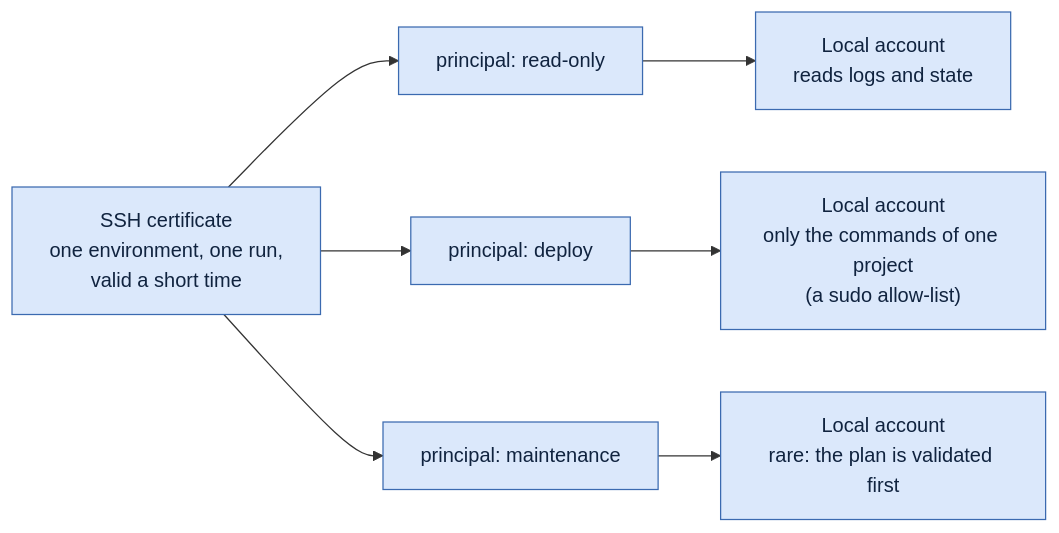
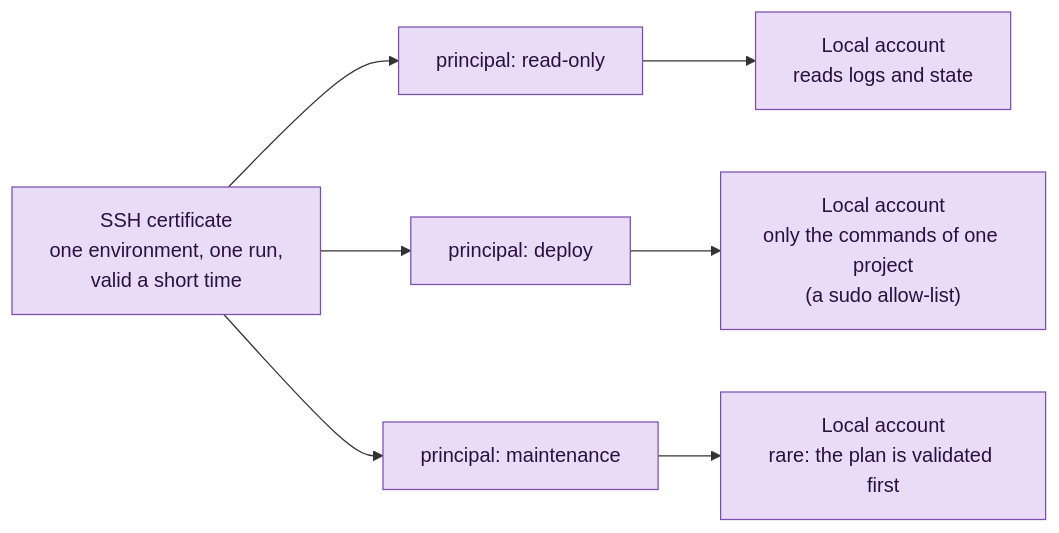
The third of 4 diagrams in docs/security-model.md (MafLabs38/orchestrarr), drawn with Mermaid before and after one commit. The commit also changed other lines of this file, not shown here.

````diff
--- a/docs/security-model.md
+++ b/docs/security-model.md
@@ -123,17 +127,17 @@
 ```mermaid
 flowchart LR
   cert["SSH certificate<br/>one environment, one run,<br/>valid a short time"]
   p1["principal: read-only"]
   p2["principal: deploy"]
   p3["principal: maintenance"]
   a1["Local account<br/>reads logs and state"]
   a2["Local account<br/>only the commands of one project<br/>(a sudo allow-list)"]
   a3["Local account<br/>rare: the plan is validated first"]
 
   cert --> p1 --> a1
   cert --> p2 --> a2
   cert --> p3 --> a3
 
-  classDef decided fill:#dbe8fb,stroke:#3b6ab0,color:#10233f
-  class cert,p1,p2,p3,a1,a2,a3 decided
+  classDef proposed fill:#eadcf7,stroke:#7a4fb0,color:#2a1040
+  class cert,p1,p2,p3,a1,a2,a3 proposed
 ```
````
